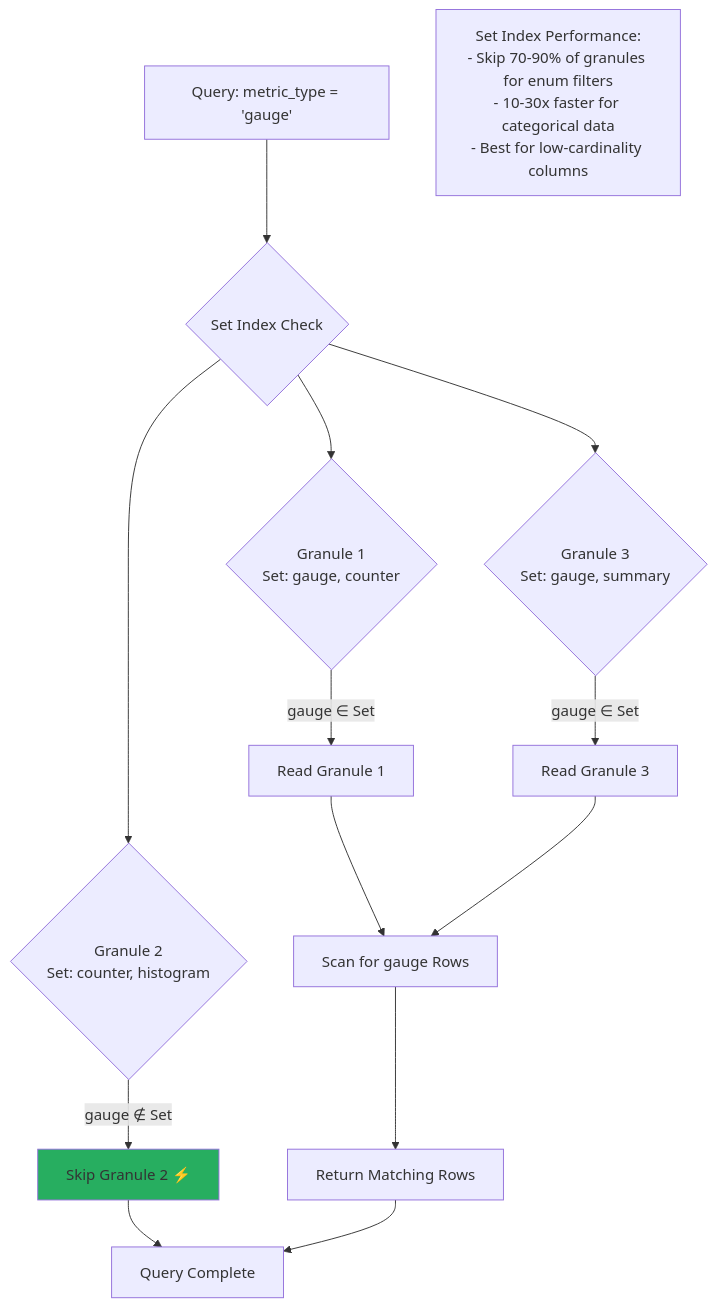
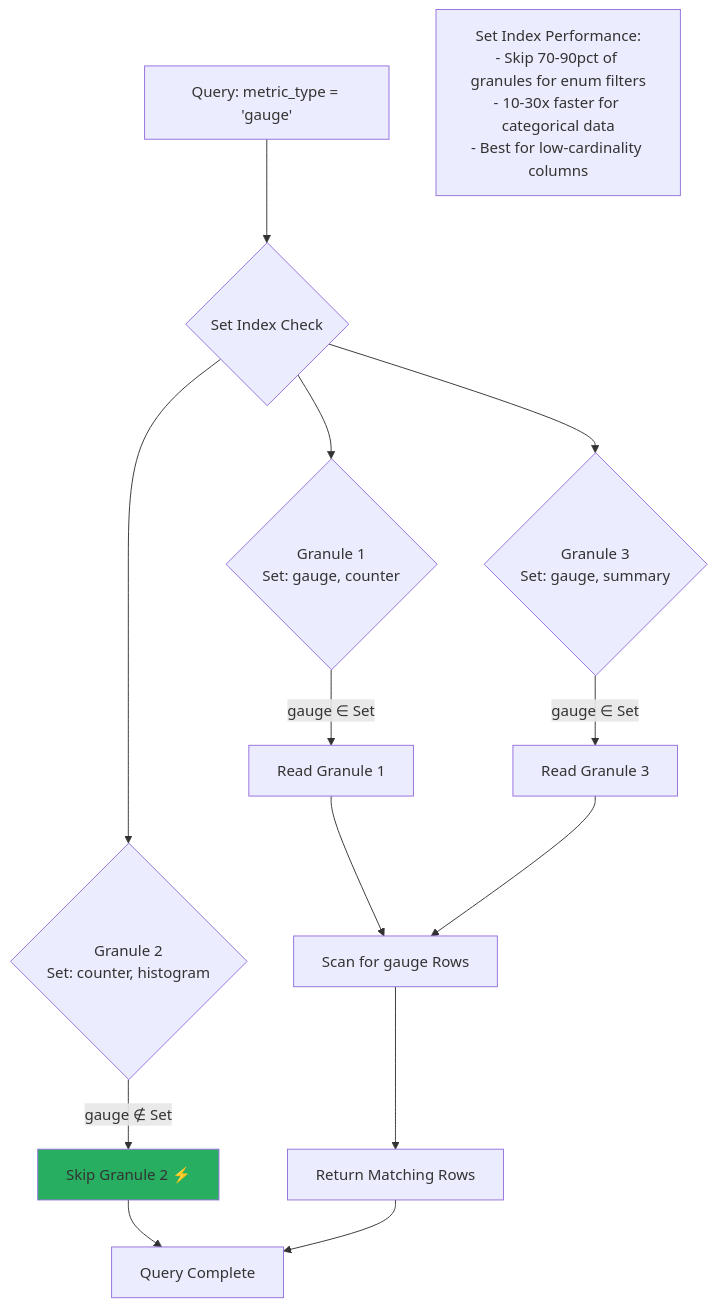
Before and after one commit to telemetryflow/telemetryflow-overview: diagram 22 of 54 in architecture/05-PERFORMANCE.md, drawn with Mermaid. The commit also changed other lines of this file and 68 other files, not shown here.

````diff
--- a/architecture/05-PERFORMANCE.md
+++ b/architecture/05-PERFORMANCE.md
@@ -878,25 +884,25 @@
 ```mermaid
 flowchart TD
     A[Query: metric_type = 'gauge'] --> B{Set Index Check}
 
     B --> C{Granule 1<br/>Set: gauge, counter}
     C -->|gauge ∈ Set| D[Read Granule 1]
 
     B --> E{Granule 2<br/>Set: counter, histogram}
     E -->|gauge ∉ Set| F[Skip Granule 2 ⚡]
 
     B --> G{Granule 3<br/>Set: gauge, summary}
     G -->|gauge ∈ Set| H[Read Granule 3]
 
     D --> I[Scan for gauge Rows]
     H --> I
 
     I --> J[Return Matching Rows]
 
     F --> K[Query Complete]
     J --> K
 
     style F fill:#27ae60
 
-    Note[Set Index Performance:<br/>- Skip 70-90% of granules for enum filters<br/>- 10-30x faster for categorical data<br/>- Best for low-cardinality columns]
+    Note[Set Index Performance:<br/>- Skip 70-90pct of granules for enum filters<br/>- 10-30x faster for categorical data<br/>- Best for low-cardinality columns]
 ```
````
